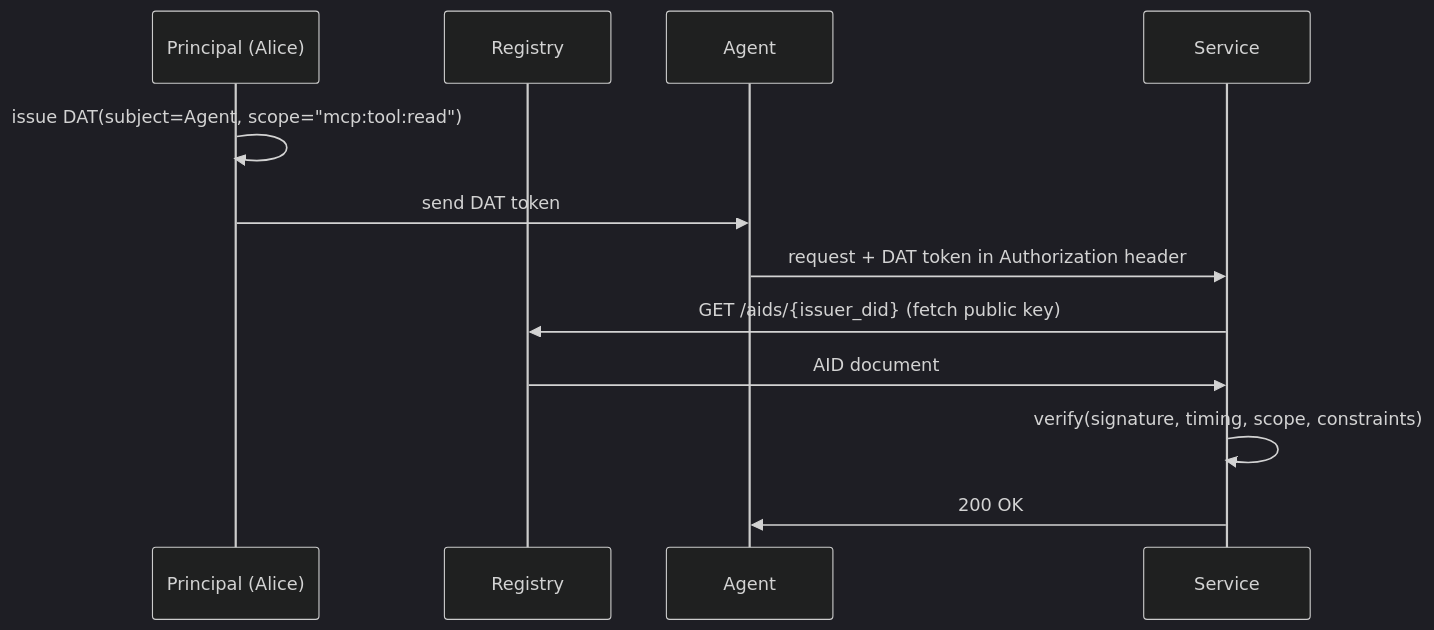
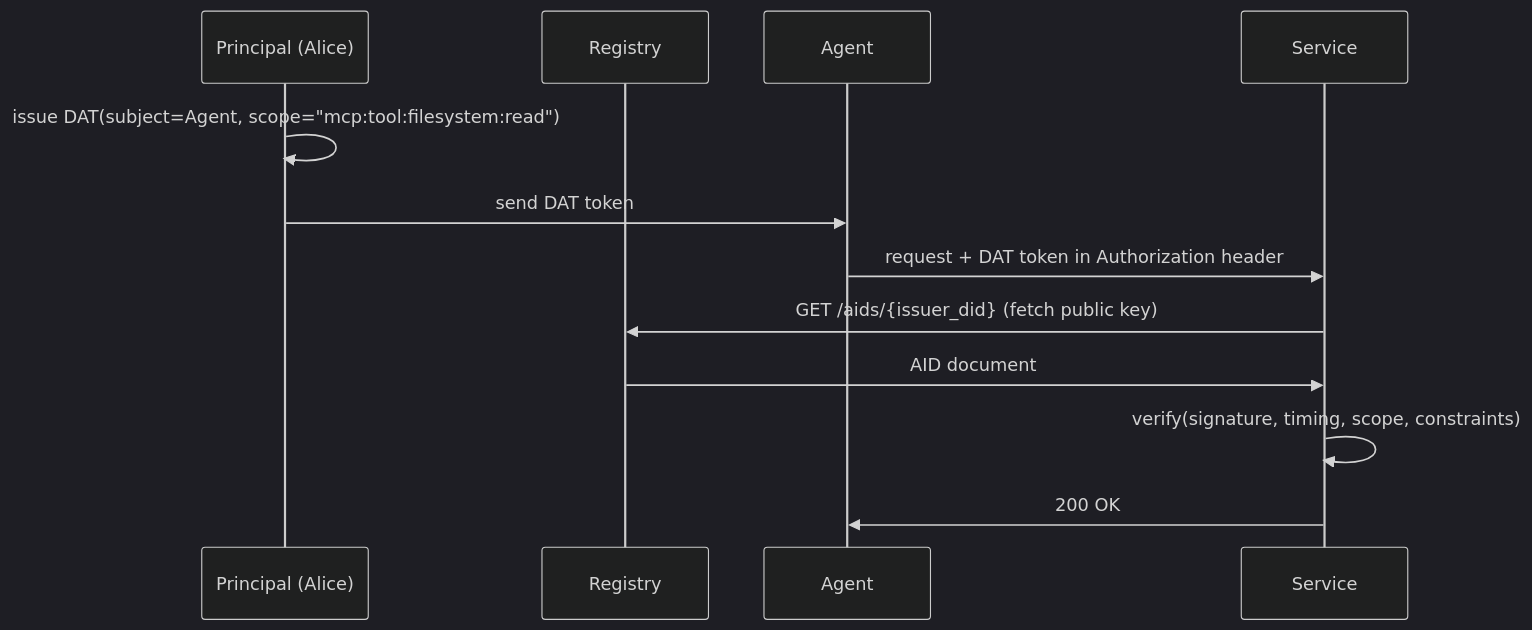
One commit to techblaze-au/idprova changed the third of 8 diagrams in docs/concepts.md. Above: the diagram before and after it, drawn with Mermaid (dark theme). The commit also changed other lines of this file, not shown here.

````diff
--- a/docs/concepts.md
+++ b/docs/concepts.md
@@ -140,15 +140,15 @@
 ```mermaid
 sequenceDiagram
     participant P as Principal (Alice)
     participant R as Registry
     participant A as Agent
     participant S as Service
 
-    P->>P: issue DAT(subject=Agent, scope="mcp:tool:read")
+    P->>P: issue DAT(subject=Agent, scope="mcp:tool:filesystem:read")
     P->>A: send DAT token
     A->>S: request + DAT token in Authorization header
     S->>R: GET /aids/{issuer_did} (fetch public key)
     R->>S: AID document
     S->>S: verify(signature, timing, scope, constraints)
     S->>A: 200 OK
 ```
````
